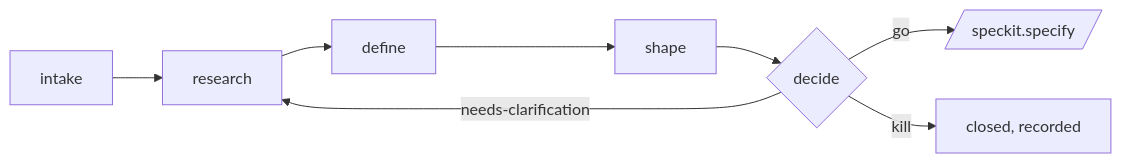
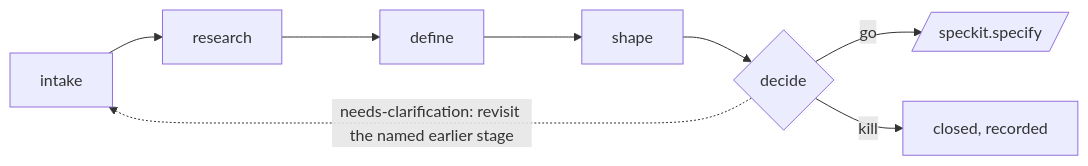
The diagram in extensions/assess/README.md (github/spec-kit), drawn with Mermaid before and after one commit.

Commit message:
Fix README diagram: needs-clarification revisits the named earlier stage
Addresses review 4724027270 on PR #3568. The overview flowchart routed every
needs-clarification verdict back to research, but decide.md's Revisit stage can
send an idea back to intake, research, define, or shape. Reroute the arrow as a
generic loop back to the earlier stages so the diagram no longer misstates the
pipeline.

Copilot-Session: 1f25cf9d-b7eb-4b2b-b811-3e91d8db8f6a

````diff
--- a/extensions/assess/README.md
+++ b/extensions/assess/README.md
@@ -22,7 +22,7 @@
 ```mermaid
 flowchart LR
     A[intake] --> R[research] --> D[define] --> S[shape] --> C{decide}
     C -->|go| SPEC[/speckit.specify/]
-    C -->|needs-clarification| R
     C -->|kill| X[closed, recorded]
+    C -.->|needs-clarification: revisit the named earlier stage| A
 ```
````
